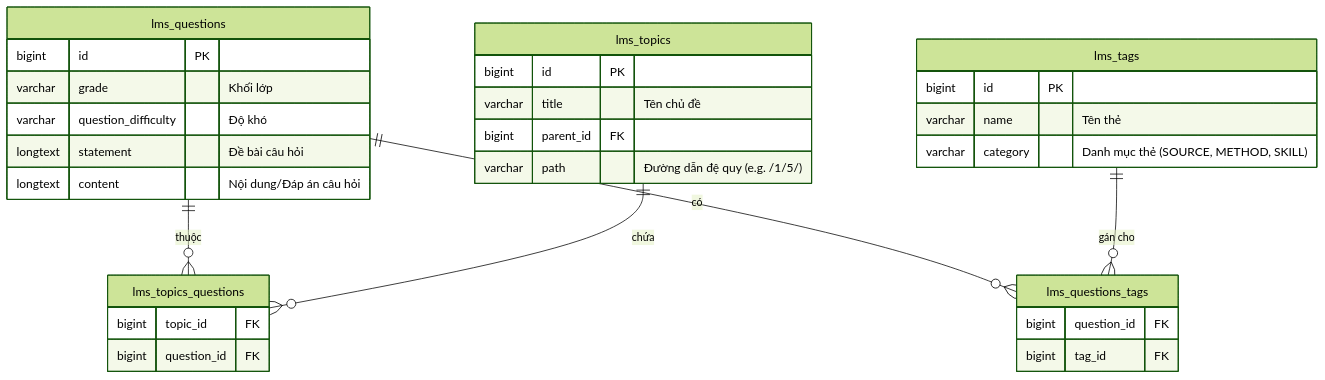
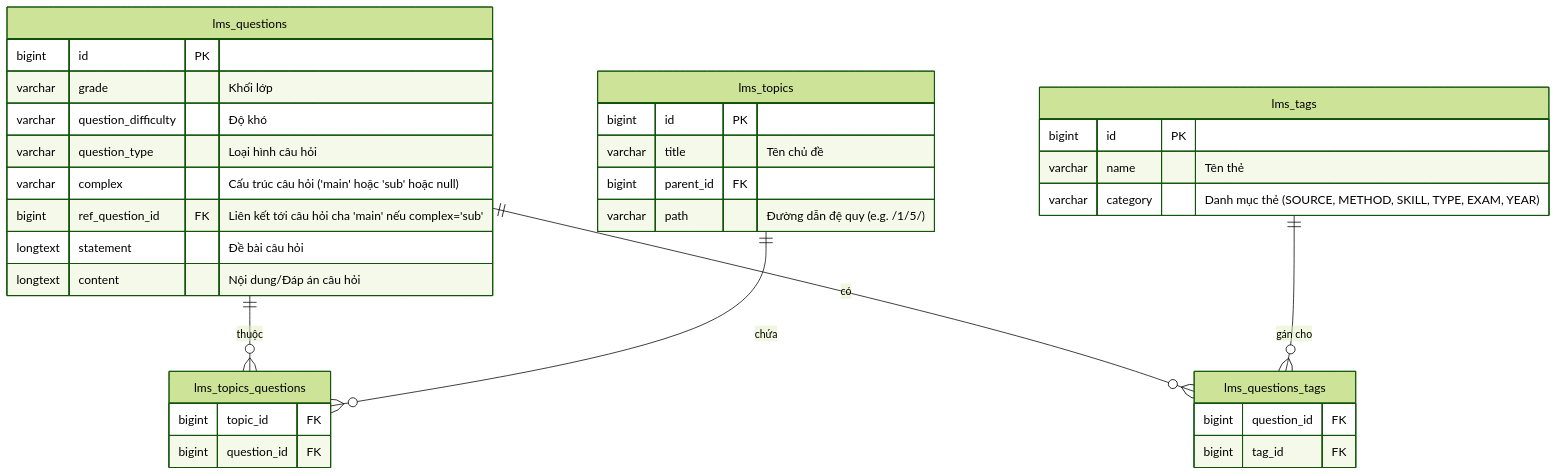
One commit to chipdien/project_questionbank changed the diagram in specs/006-question-classification-filtering/data-model.md. Above: the diagram before and after it, drawn with Mermaid (forest theme). The commit also changed other lines of this file and 10 other files, not shown here.

````diff
--- a/specs/006-question-classification-filtering/data-model.md
+++ b/specs/006-question-classification-filtering/data-model.md
@@ -7,38 +7,41 @@
 ```mermaid
 erDiagram
     lms_questions {
         bigint id PK
         varchar grade "Khối lớp"
         varchar question_difficulty "Độ khó"
+        varchar question_type "Loại hình câu hỏi"
+        varchar complex "Cấu trúc câu hỏi ('main' hoặc 'sub' hoặc null)"
+        bigint ref_question_id FK "Liên kết tới câu hỏi cha 'main' nếu complex='sub'"
         longtext statement "Đề bài câu hỏi"
         longtext content "Nội dung/Đáp án câu hỏi"
     }
 
     lms_topics {
         bigint id PK
         varchar title "Tên chủ đề"
         bigint parent_id FK
         varchar path "Đường dẫn đệ quy (e.g. /1/5/)"
     }
 
     lms_tags {
         bigint id PK
         varchar name "Tên thẻ"
-        varchar category "Danh mục thẻ (SOURCE, METHOD, SKILL)"
+        varchar category "Danh mục thẻ (SOURCE, METHOD, SKILL, TYPE, EXAM, YEAR)"
     }
 
     lms_topics_questions {
         bigint topic_id FK
         bigint question_id FK
     }
 
     lms_questions_tags {
         bigint question_id FK
         bigint tag_id FK
     }
 
     lms_questions ||--o{ lms_topics_questions : "thuộc"
     lms_topics ||--o{ lms_topics_questions : "chứa"
     lms_questions ||--o{ lms_questions_tags : "có"
     lms_tags ||--o{ lms_questions_tags : "gán cho"
 ```
````
